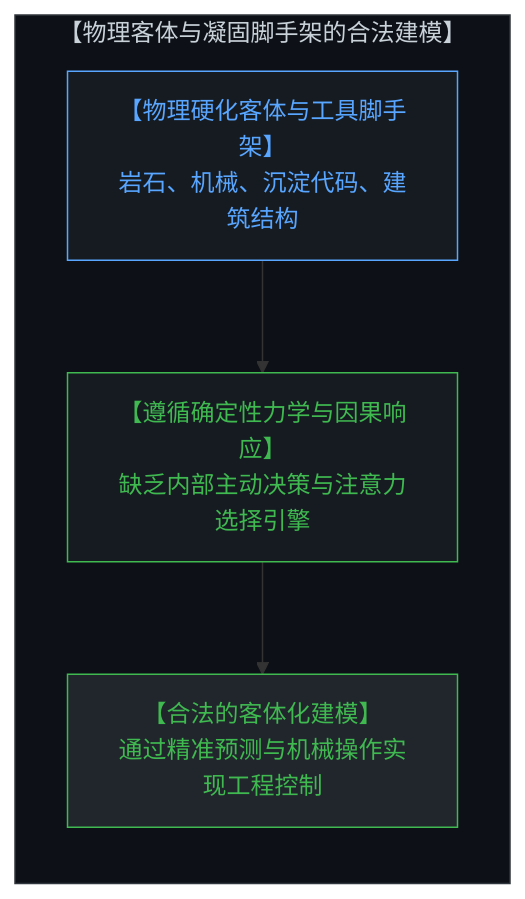
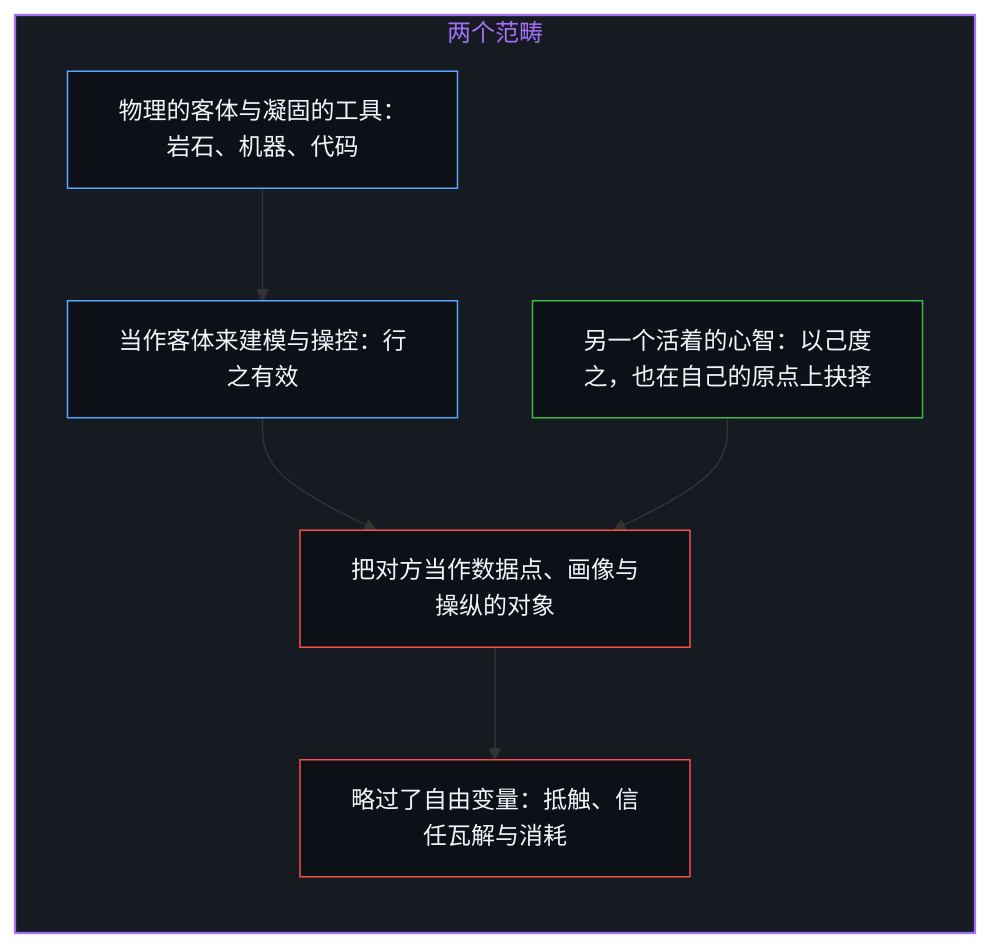
One commit to powerpig99/not-a-toe changed the ninth of 12 diagrams in content/posts/the-origin-of-god-and-the-flattening-of-we.md. Above: the diagram before and after it, drawn with Mermaid. The commit also changed other lines of this file and 2 other files, not shown here.

Commit message:
Refine the-origin-of-god: alternating bilingual layout, six paired diagrams, the overview as a reading, implicit first person

````diff
--- a/content/posts/the-origin-of-god-and-the-flattening-of-we.md
+++ b/content/posts/the-origin-of-god-and-the-flattening-of-we.md
@@ -218,15 +247,22 @@
 ```mermaid
-graph TD
-    subgraph PhysicalObjectDomain["【物理客体与凝固脚手架的合法建模】"]
+flowchart TD
+    subgraph S_Category["两个范畴"]
         direction TB
-        PassiveMatter["【物理硬化客体与工具脚手架】<br>岩石、机械、沉淀代码、建筑结构"]
-        DeterministicLaws["【遵循确定性力学与因果响应】<br>缺乏内部主动决策与注意力选择引擎"]
-        ValidObjectification["【合法的客体化建模】<br>通过精准预测与机械操作实现工程控制"]
-        PassiveMatter --> DeterministicLaws
-        DeterministicLaws --> ValidObjectification
+        Object["物理的客体与凝固的工具：岩石、机器、代码"]
+        Model["当作客体来建模与操控：行之有效"]
+        Other["另一个活着的心智：以己度之，也在自己的原点上抉择"]
+        Lens["把对方当作数据点、画像与操纵的对象"]
+        Recoil["略过了自由变量：抵触、信任瓦解与消耗"]
+        Object --> Model
+        Model --> Lens
+        Other --> Lens
+        Lens --> Recoil
     end
-    style PhysicalObjectDomain fill:#0d1117,stroke:#30363d,stroke-width:1px,color:#c9d1d9
-    style PassiveMatter fill:#161b22,stroke:#58a6ff,stroke-width:1px,color:#58a6ff
-    style DeterministicLaws fill:#161b22,stroke:#3fb950,stroke-width:1px,color:#3fb950
-    style ValidObjectification fill:#21262d,stroke:#3fb950,stroke-width:1px,color:#3fb950
+
+    style S_Category fill:#161b22,stroke:#a371f7,stroke-width:1.5px,color:#a371f7
+    style Object fill:#0d1117,stroke:#58a6ff,stroke-width:1px,color:#f0f6fc
+    style Model fill:#0d1117,stroke:#58a6ff,stroke-width:1px,color:#f0f6fc
+    style Other fill:#0d1117,stroke:#3fb950,stroke-width:1px,color:#f0f6fc
+    style Lens fill:#0d1117,stroke:#f85149,stroke-width:1px,color:#f0f6fc
+    style Recoil fill:#0d1117,stroke:#f85149,stroke-width:1px,color:#f0f6fc
 ```
````
